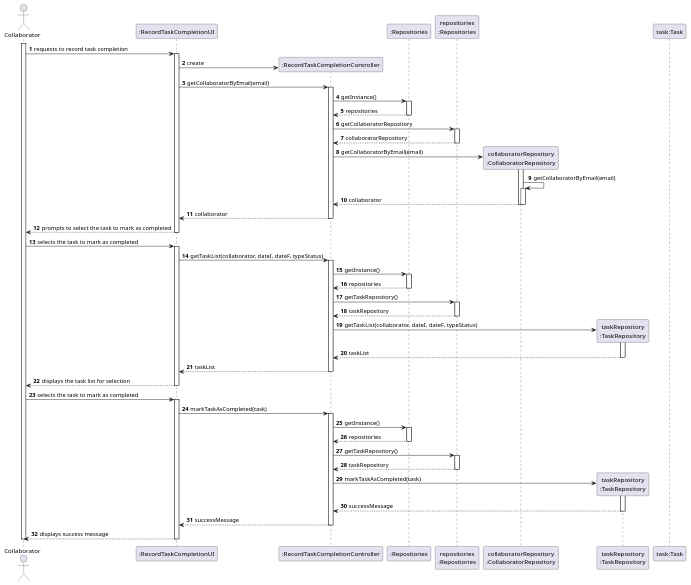
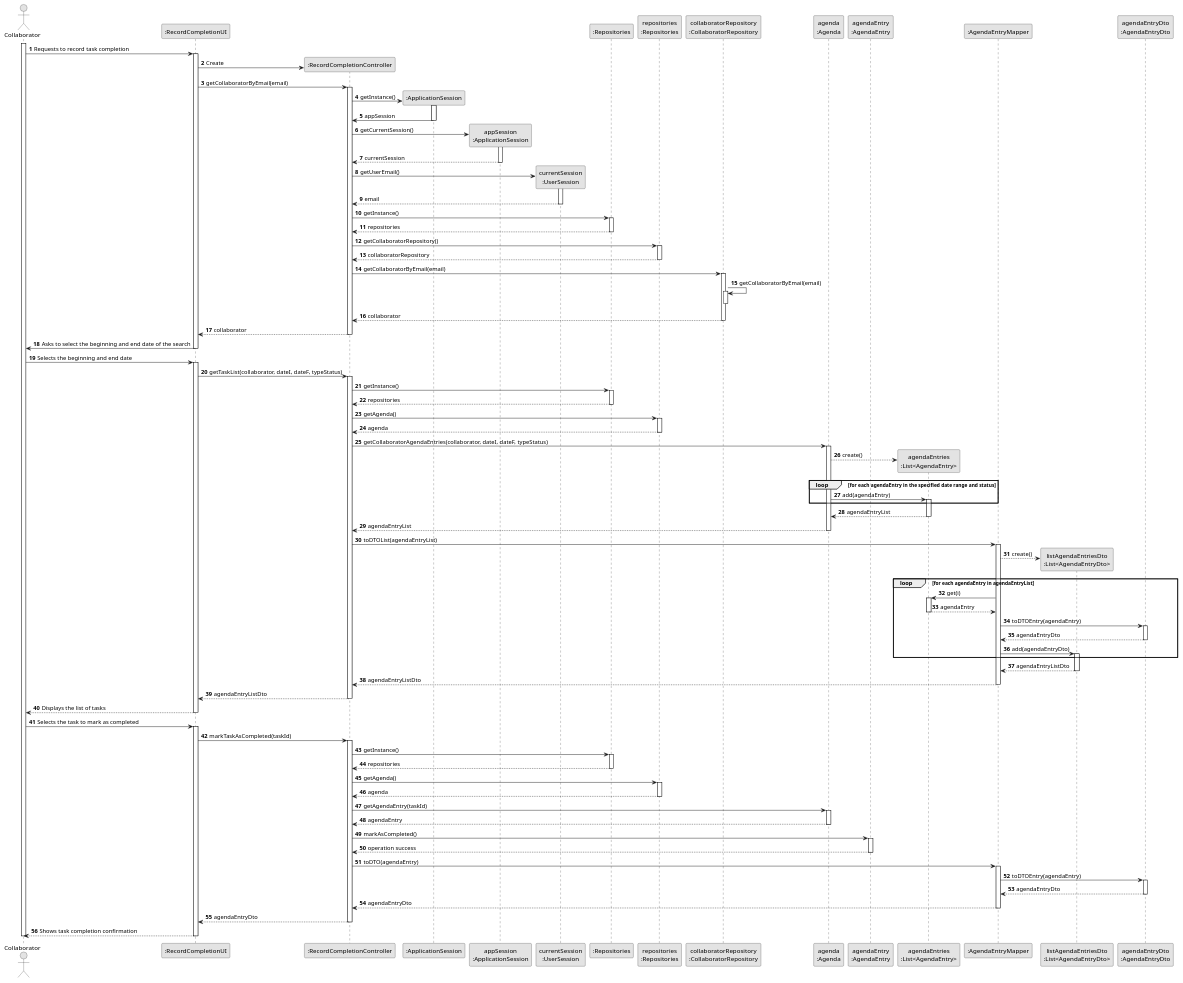
Before and after one commit to diogoveirospro/lei-24-s2-1dg-g072: the diagram in docs/sprintC/us029/03.design/puml/us029-sequence-diagram-full.puml, drawn with PlantUML. The commit also changed 4 other files, not shown here.

```diff
--- a/docs/sprintC/us029/03.design/puml/us029-sequence-diagram-full.puml
+++ b/docs/sprintC/us029/03.design/puml/us029-sequence-diagram-full.puml
@@ -1,116 +1,192 @@
 @startuml
-'skinparam monochrome true
+skinparam monochrome true
 skinparam packageStyle rectangle
 skinparam shadowing false
 
 autonumber
 
 actor "Collaborator" as Col
-participant ":RecordTaskCompletionUI" as UI
-participant ":RecordTaskCompletionController" as CTRL
+participant ":RecordCompletionUI" as UI
+participant ":RecordCompletionController" as CTRL
+participant ":ApplicationSession" as _APP
+participant "appSession\n:ApplicationSession" as APP
+participant "currentSession\n:UserSession" as SESSION
 participant ":Repositories" as RepositorySingleton
 participant "repositories\n:Repositories" as REP
 participant "collaboratorRepository\n:CollaboratorRepository" as collaboratorRepository
-participant "taskRepository\n:TaskRepository" as taskRepository
-participant "task:Task" as TASK
+participant "agenda\n:Agenda" as AGENDA
+participant "agendaEntry\n:AgendaEntry" as AGENDAENTRY
+participant "agendaEntries\n:List<AgendaEntry>" as AGENDAENTRIES
+participant ":AgendaEntryMapper" as Mapper
+participant "listAgendaEntriesDto\n:List<AgendaEntryDto>" as ListAgendaEntriesDto
+participant "agendaEntryDto\n:AgendaEntryDto" as DTO
 
 activate Col
 
-Col -> UI : requests to record task completion
+Col -> UI : Requests to record task completion
 activate UI
 
-UI -> CTRL** : create
+UI -> CTRL** : Create
+
 UI -> CTRL : getCollaboratorByEmail(email)
 activate CTRL
 
-CTRL -> RepositorySingleton : getInstance()
-activate RepositorySingleton
+    CTRL -> _APP**: getInstance()
+    activate _APP
 
-RepositorySingleton --> CTRL : repositories
-deactivate RepositorySingleton
+        _APP -> CTRL: appSession
+    deactivate _APP
 
-CTRL -> REP : getCollaboratorRepository
-activate REP
+    CTRL -> APP**: getCurrentSession()
+    activate APP
 
-REP --> CTRL : collaboratorRepository
-deactivate REP
+        APP --> CTRL: currentSession
+    deactivate APP
 
-CTRL -> collaboratorRepository** : getCollaboratorByEmail(email)
-activate collaboratorRepository
+    CTRL -> SESSION**: getUserEmail()
+    activate SESSION
 
-collaboratorRepository -> collaboratorRepository : getCollaboratorByEmail(email)
-activate collaboratorRepository
+        SESSION --> CTRL: email
+    deactivate SESSION
 
-collaboratorRepository --> CTRL : collaborator
+    CTRL -> RepositorySingleton : getInstance()
+    activate RepositorySingleton
 
-deactivate collaboratorRepository
+        RepositorySingleton --> CTRL : repositories
+    deactivate RepositorySingleton
 
-deactivate collaboratorRepository
+    CTRL -> REP : getCollaboratorRepository()
+    activate REP
+
+        REP --> CTRL : collaboratorRepository
+    deactivate REP
+
+        CTRL -> collaboratorRepository : getCollaboratorByEmail(email)
+            activate collaboratorRepository
+
+            collaboratorRepository -> collaboratorRepository : getCollaboratorByEmail(email)
+            activate collaboratorRepository
+
+            deactivate collaboratorRepository
+
+        collaboratorRepository --> CTRL : collaborator
+    deactivate collaboratorRepository
+
 CTRL --> UI : collaborator
 deactivate CTRL
 
-UI --> Col : prompts to select the task to mark as completed
+UI -> Col : Asks to select the beginning and end date of the search
 deactivate UI
 
-Col -> UI : selects the task to mark as completed
+Col -> UI : Selects the beginning and end date
 activate UI
 
 UI -> CTRL : getTaskList(collaborator, dateI, dateF, typeStatus)
 activate CTRL
 
-CTRL -> RepositorySingleton : getInstance()
-activate RepositorySingleton
+    CTRL -> RepositorySingleton : getInstance()
+    activate RepositorySingleton
 
-RepositorySingleton --> CTRL : repositories
-deactivate RepositorySingleton
+        RepositorySingleton --> CTRL : repositories
+    deactivate RepositorySingleton
 
-CTRL -> REP : getTaskRepository()
-activate REP
+    CTRL -> REP : getAgenda()
+    activate REP
 
-REP --> CTRL : taskRepository
-deactivate REP
+        REP --> CTRL : agenda
+    deactivate REP
 
-CTRL -> taskRepository** : getTaskList(collaborator, dateI, dateF, typeStatus)
-activate taskRepository
+    CTRL -> AGENDA : getCollaboratorAgendaEntries(collaborator, dateI, dateF, typeStatus)
+    activate AGENDA
 
-taskRepository --> CTRL : taskList
-deactivate taskRepository
+        AGENDA --> AGENDAENTRIES** : create()
+            loop for each agendaEntry in the specified date range and status
+                AGENDA -> AGENDAENTRIES : add(agendaEntry)
+                activate AGENDAENTRIES
+            end
+        AGENDAENTRIES --> AGENDA : agendaEntryList
+        deactivate AGENDAENTRIES
+    AGENDA --> CTRL : agendaEntryList
+    deactivate AGENDA
 
-CTRL --> UI : taskList
+    CTRL -> Mapper : toDTOList(agendaEntryList)
+    activate Mapper
+
+        Mapper --> ListAgendaEntriesDto** : create()
+            loop for each agendaEntry in agendaEntryList
+                Mapper -> AGENDAENTRIES : get(i)
+                    activate AGENDAENTRIES
+
+                    AGENDAENTRIES --> Mapper : agendaEntry
+                    deactivate AGENDAENTRIES
+                Mapper -> DTO : toDTOEntry(agendaEntry)
+                    activate DTO
+
+                    DTO --> Mapper : agendaEntryDto
+                    deactivate DTO
+                Mapper -> ListAgendaEntriesDto : add(agendaEntryDto)
+                    activate ListAgendaEntriesDto
+            end
+        ListAgendaEntriesDto --> Mapper : agendaEntryListDto
+        deactivate ListAgendaEntriesDto
+
+    Mapper --> CTRL : agendaEntryListDto
+    deactivate Mapper
+
+CTRL --> UI : agendaEntryListDto
 deactivate CTRL
 
-UI --> Col : displays the task list for selection
+UI --> Col : Displays the list of tasks
 deactivate UI
 
-Col -> UI : selects the task to mark as completed
+Col -> UI : Selects the task to mark as completed
 activate UI
 
-UI -> CTRL : markTaskAsCompleted(task)
+UI -> CTRL : markTaskAsCompleted(taskId)
 activate CTRL
 
-CTRL -> RepositorySingleton : getInstance()
-activate RepositorySingleton
+    CTRL -> RepositorySingleton : getInstance()
+    activate RepositorySingleton
 
-RepositorySingleton --> CTRL : repositories
-deactivate RepositorySingleton
+        RepositorySingleton --> CTRL : repositories
+    deactivate RepositorySingleton
 
-CTRL -> REP : getTaskRepository()
-activate REP
+    CTRL -> REP : getAgenda()
+    activate REP
 
-REP --> CTRL : taskRepository
-deactivate REP
+        REP --> CTRL : agenda
+    deactivate REP
 
-CTRL -> taskRepository** : markTaskAsCompleted(task)
-activate taskRepository
+    CTRL -> AGENDA : getAgendaEntry(taskId)
+    activate AGENDA
 
-taskRepository --> CTRL : successMessage
-deactivate taskRepository
+        AGENDA --> CTRL : agendaEntry
+    deactivate AGENDA
 
-CTRL --> UI : successMessage
+    CTRL -> AGENDAENTRY : markAsCompleted()
+    activate AGENDAENTRY
+
+    AGENDAENTRY --> CTRL : operation success
+    deactivate AGENDAENTRY
+
+    CTRL -> Mapper : toDTO(agendaEntry)
+    activate Mapper
+
+        Mapper -> DTO : toDTOEntry(agendaEntry)
+        activate DTO
+
+            DTO --> Mapper : agendaEntryDto
+        deactivate DTO
+
+    Mapper --> CTRL : agendaEntryDto
+    deactivate Mapper
+
+CTRL --> UI : agendaEntryDto
 deactivate CTRL
 
-UI --> Col : displays success message
+UI --> Col : Shows task completion confirmation
 deactivate UI
 
 deactivate Col
+
 @enduml
```
